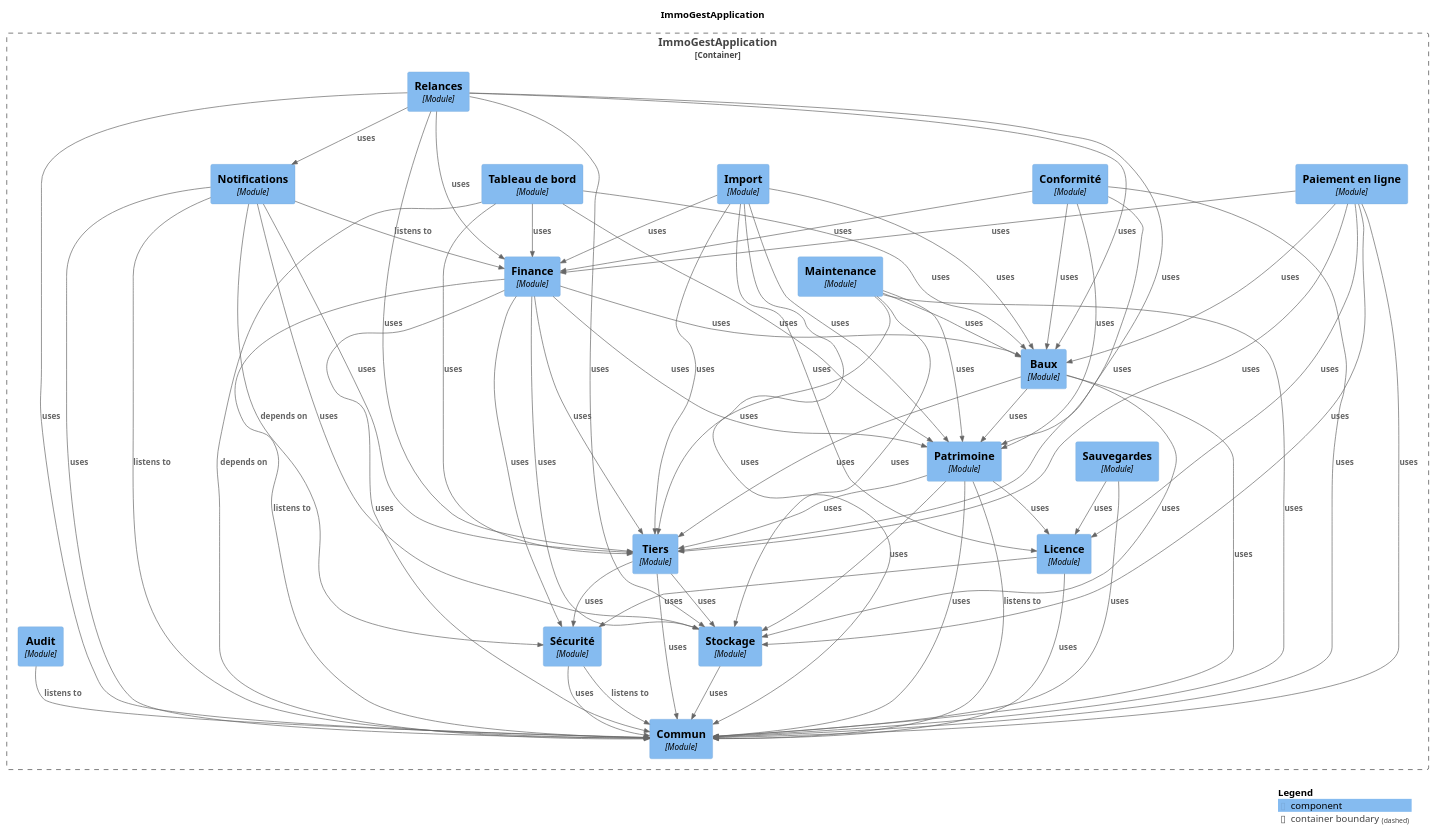
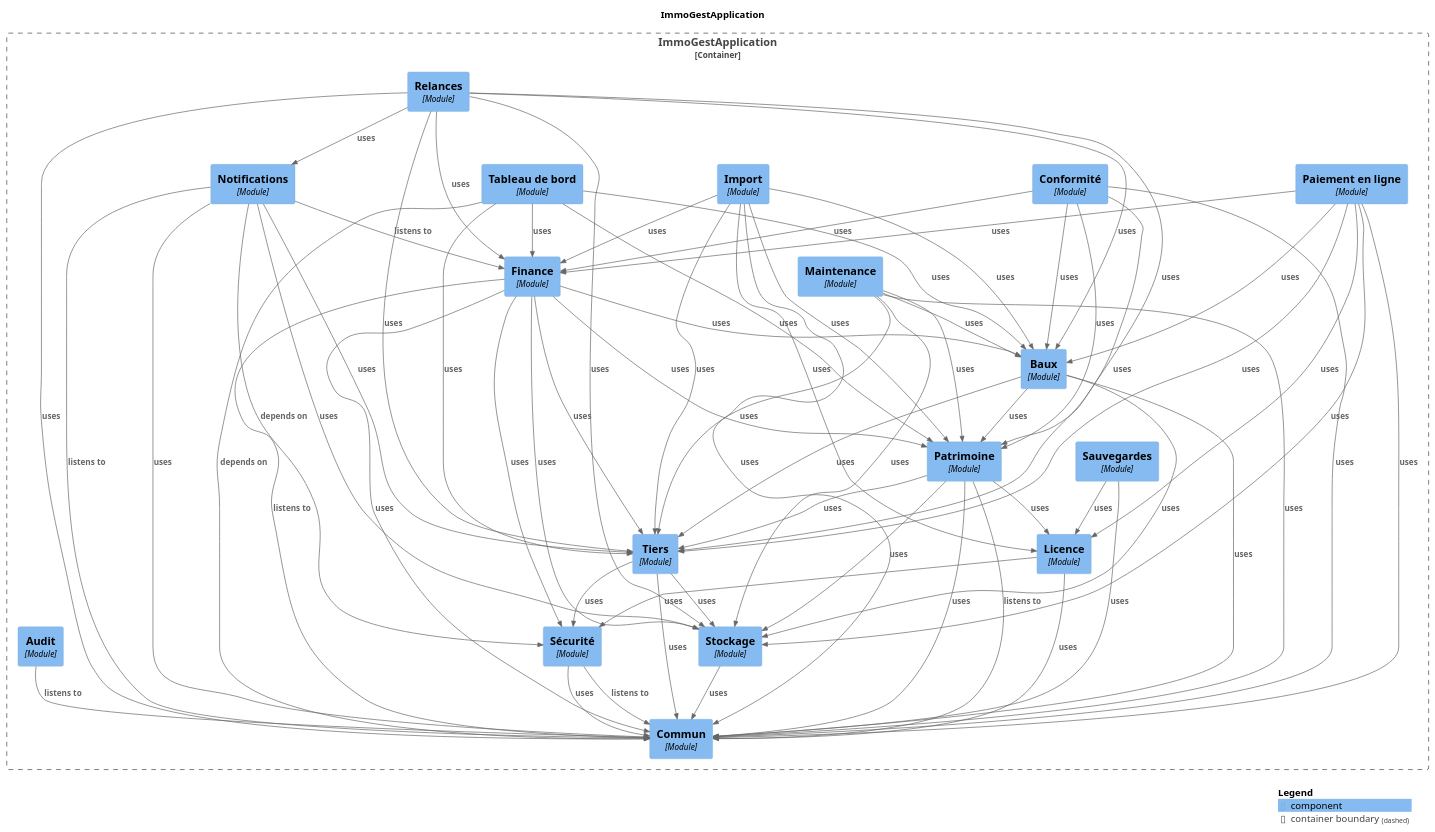
Before and after one commit to fixedevelloper/csimmo: the diagram in docs/modules/components.puml, drawn with PlantUML. The commit also changed other lines of this file and 82 other files, not shown here.

```diff
--- a/docs/modules/components.puml
+++ b/docs/modules/components.puml
@@ -28,6 +28,22 @@
   Component(ImmoGestApplication.ImmoGestApplication.Patrimoine, "Patrimoine", $techn="Module", $descr="", $tags="", $link="")
 }
 
+Rel(ImmoGestApplication.ImmoGestApplication.Baux, ImmoGestApplication.ImmoGestApplication.Patrimoine, "uses", $techn="", $tags="", $link="")
+Rel(ImmoGestApplication.ImmoGestApplication.Baux, ImmoGestApplication.ImmoGestApplication.Tiers, "uses", $techn="", $tags="", $link="")
+Rel(ImmoGestApplication.ImmoGestApplication.Baux, ImmoGestApplication.ImmoGestApplication.Stockage, "uses", $techn="", $tags="", $link="")
+Rel(ImmoGestApplication.ImmoGestApplication.Baux, ImmoGestApplication.ImmoGestApplication.Commun, "uses", $techn="", $tags="", $link="")
+Rel(ImmoGestApplication.ImmoGestApplication.Patrimoine, ImmoGestApplication.ImmoGestApplication.Commun, "listens to", $techn="", $tags="", $link="")
+Rel(ImmoGestApplication.ImmoGestApplication.Patrimoine, ImmoGestApplication.ImmoGestApplication.Licence, "uses", $techn="", $tags="", $link="")
+Rel(ImmoGestApplication.ImmoGestApplication.Patrimoine, ImmoGestApplication.ImmoGestApplication.Stockage, "uses", $techn="", $tags="", $link="")
+Rel(ImmoGestApplication.ImmoGestApplication.Patrimoine, ImmoGestApplication.ImmoGestApplication.Commun, "uses", $techn="", $tags="", $link="")
+Rel(ImmoGestApplication.ImmoGestApplication.Patrimoine, ImmoGestApplication.ImmoGestApplication.Tiers, "uses", $techn="", $tags="", $link="")
+Rel(ImmoGestApplication.ImmoGestApplication.Sauvegardes, ImmoGestApplication.ImmoGestApplication.Licence, "uses", $techn="", $tags="", $link="")
+Rel(ImmoGestApplication.ImmoGestApplication.Sauvegardes, ImmoGestApplication.ImmoGestApplication.Commun, "uses", $techn="", $tags="", $link="")
+Rel(ImmoGestApplication.ImmoGestApplication.Notifications, ImmoGestApplication.ImmoGestApplication.Commun, "listens to", $techn="", $tags="", $link="")
+Rel(ImmoGestApplication.ImmoGestApplication.Notifications, ImmoGestApplication.ImmoGestApplication.Finance, "listens to", $techn="", $tags="", $link="")
+Rel(ImmoGestApplication.ImmoGestApplication.Notifications, ImmoGestApplication.ImmoGestApplication.Sécurité, "depends on", $techn="", $tags="", $link="")
+Rel(ImmoGestApplication.ImmoGestApplication.Notifications, ImmoGestApplication.ImmoGestApplication.Stockage, "uses", $techn="", $tags="", $link="")
+Rel(ImmoGestApplication.ImmoGestApplication.Notifications, ImmoGestApplication.ImmoGestApplication.Tiers, "uses", $techn="", $tags="", $link="")
 Rel(ImmoGestApplication.ImmoGestApplication.Notifications, ImmoGestApplication.ImmoGestApplication.Commun, "uses", $techn="", $tags="", $link="")
 Rel(ImmoGestApplication.ImmoGestApplication.Paiementenligne, ImmoGestApplication.ImmoGestApplication.Finance, "uses", $techn="", $tags="", $link="")
 Rel(ImmoGestApplication.ImmoGestApplication.Paiementenligne, ImmoGestApplication.ImmoGestApplication.Baux, "uses", $techn="", $tags="", $link="")
@@ -35,17 +51,28 @@
 Rel(ImmoGestApplication.ImmoGestApplication.Paiementenligne, ImmoGestApplication.ImmoGestApplication.Licence, "uses", $techn="", $tags="", $link="")
 Rel(ImmoGestApplication.ImmoGestApplication.Paiementenligne, ImmoGestApplication.ImmoGestApplication.Stockage, "uses", $techn="", $tags="", $link="")
 Rel(ImmoGestApplication.ImmoGestApplication.Paiementenligne, ImmoGestApplication.ImmoGestApplication.Commun, "uses", $techn="", $tags="", $link="")
-Rel(ImmoGestApplication.ImmoGestApplication.Baux, ImmoGestApplication.ImmoGestApplication.Patrimoine, "uses", $techn="", $tags="", $link="")
-Rel(ImmoGestApplication.ImmoGestApplication.Baux, ImmoGestApplication.ImmoGestApplication.Tiers, "uses", $techn="", $tags="", $link="")
-Rel(ImmoGestApplication.ImmoGestApplication.Baux, ImmoGestApplication.ImmoGestApplication.Stockage, "uses", $techn="", $tags="", $link="")
-Rel(ImmoGestApplication.ImmoGestApplication.Baux, ImmoGestApplication.ImmoGestApplication.Commun, "uses", $techn="", $tags="", $link="")
-Rel(ImmoGestApplication.ImmoGestApplication.Conformité, ImmoGestApplication.ImmoGestApplication.Tiers, "uses", $techn="", $tags="", $link="")
-Rel(ImmoGestApplication.ImmoGestApplication.Conformité, ImmoGestApplication.ImmoGestApplication.Baux, "uses", $techn="", $tags="", $link="")
-Rel(ImmoGestApplication.ImmoGestApplication.Conformité, ImmoGestApplication.ImmoGestApplication.Finance, "uses", $techn="", $tags="", $link="")
-Rel(ImmoGestApplication.ImmoGestApplication.Conformité, ImmoGestApplication.ImmoGestApplication.Patrimoine, "uses", $techn="", $tags="", $link="")
-Rel(ImmoGestApplication.ImmoGestApplication.Conformité, ImmoGestApplication.ImmoGestApplication.Commun, "uses", $techn="", $tags="", $link="")
+Rel(ImmoGestApplication.ImmoGestApplication.Tableaudebord, ImmoGestApplication.ImmoGestApplication.Commun, "depends on", $techn="", $tags="", $link="")
+Rel(ImmoGestApplication.ImmoGestApplication.Tableaudebord, ImmoGestApplication.ImmoGestApplication.Patrimoine, "uses", $techn="", $tags="", $link="")
+Rel(ImmoGestApplication.ImmoGestApplication.Tableaudebord, ImmoGestApplication.ImmoGestApplication.Baux, "uses", $techn="", $tags="", $link="")
+Rel(ImmoGestApplication.ImmoGestApplication.Tableaudebord, ImmoGestApplication.ImmoGestApplication.Tiers, "uses", $techn="", $tags="", $link="")
+Rel(ImmoGestApplication.ImmoGestApplication.Tableaudebord, ImmoGestApplication.ImmoGestApplication.Finance, "uses", $techn="", $tags="", $link="")
+Rel(ImmoGestApplication.ImmoGestApplication.Import, ImmoGestApplication.ImmoGestApplication.Patrimoine, "uses", $techn="", $tags="", $link="")
+Rel(ImmoGestApplication.ImmoGestApplication.Import, ImmoGestApplication.ImmoGestApplication.Tiers, "uses", $techn="", $tags="", $link="")
+Rel(ImmoGestApplication.ImmoGestApplication.Import, ImmoGestApplication.ImmoGestApplication.Baux, "uses", $techn="", $tags="", $link="")
+Rel(ImmoGestApplication.ImmoGestApplication.Import, ImmoGestApplication.ImmoGestApplication.Finance, "uses", $techn="", $tags="", $link="")
+Rel(ImmoGestApplication.ImmoGestApplication.Import, ImmoGestApplication.ImmoGestApplication.Licence, "uses", $techn="", $tags="", $link="")
+Rel(ImmoGestApplication.ImmoGestApplication.Import, ImmoGestApplication.ImmoGestApplication.Commun, "uses", $techn="", $tags="", $link="")
 Rel(ImmoGestApplication.ImmoGestApplication.Licence, ImmoGestApplication.ImmoGestApplication.Sécurité, "uses", $techn="", $tags="", $link="")
 Rel(ImmoGestApplication.ImmoGestApplication.Licence, ImmoGestApplication.ImmoGestApplication.Commun, "uses", $techn="", $tags="", $link="")
+Rel(ImmoGestApplication.ImmoGestApplication.Tiers, ImmoGestApplication.ImmoGestApplication.Stockage, "uses", $techn="", $tags="", $link="")
+Rel(ImmoGestApplication.ImmoGestApplication.Tiers, ImmoGestApplication.ImmoGestApplication.Commun, "uses", $techn="", $tags="", $link="")
+Rel(ImmoGestApplication.ImmoGestApplication.Tiers, ImmoGestApplication.ImmoGestApplication.Sécurité, "uses", $techn="", $tags="", $link="")
+Rel(ImmoGestApplication.ImmoGestApplication.Maintenance, ImmoGestApplication.ImmoGestApplication.Baux, "uses", $techn="", $tags="", $link="")
+Rel(ImmoGestApplication.ImmoGestApplication.Maintenance, ImmoGestApplication.ImmoGestApplication.Patrimoine, "uses", $techn="", $tags="", $link="")
+Rel(ImmoGestApplication.ImmoGestApplication.Maintenance, ImmoGestApplication.ImmoGestApplication.Tiers, "uses", $techn="", $tags="", $link="")
+Rel(ImmoGestApplication.ImmoGestApplication.Maintenance, ImmoGestApplication.ImmoGestApplication.Stockage, "uses", $techn="", $tags="", $link="")
+Rel(ImmoGestApplication.ImmoGestApplication.Maintenance, ImmoGestApplication.ImmoGestApplication.Commun, "uses", $techn="", $tags="", $link="")
+Rel(ImmoGestApplication.ImmoGestApplication.Stockage, ImmoGestApplication.ImmoGestApplication.Commun, "uses", $techn="", $tags="", $link="")
 Rel(ImmoGestApplication.ImmoGestApplication.Finance, ImmoGestApplication.ImmoGestApplication.Commun, "listens to", $techn="", $tags="", $link="")
 Rel(ImmoGestApplication.ImmoGestApplication.Finance, ImmoGestApplication.ImmoGestApplication.Patrimoine, "uses", $techn="", $tags="", $link="")
 Rel(ImmoGestApplication.ImmoGestApplication.Finance, ImmoGestApplication.ImmoGestApplication.Commun, "uses", $techn="", $tags="", $link="")
@@ -53,12 +80,6 @@
 Rel(ImmoGestApplication.ImmoGestApplication.Finance, ImmoGestApplication.ImmoGestApplication.Tiers, "uses", $techn="", $tags="", $link="")
 Rel(ImmoGestApplication.ImmoGestApplication.Finance, ImmoGestApplication.ImmoGestApplication.Stockage, "uses", $techn="", $tags="", $link="")
 Rel(ImmoGestApplication.ImmoGestApplication.Finance, ImmoGestApplication.ImmoGestApplication.Sécurité, "uses", $techn="", $tags="", $link="")
-Rel(ImmoGestApplication.ImmoGestApplication.Import, ImmoGestApplication.ImmoGestApplication.Patrimoine, "uses", $techn="", $tags="", $link="")
-Rel(ImmoGestApplication.ImmoGestApplication.Import, ImmoGestApplication.ImmoGestApplication.Tiers, "uses", $techn="", $tags="", $link="")
-Rel(ImmoGestApplication.ImmoGestApplication.Import, ImmoGestApplication.ImmoGestApplication.Baux, "uses", $techn="", $tags="", $link="")
-Rel(ImmoGestApplication.ImmoGestApplication.Import, ImmoGestApplication.ImmoGestApplication.Finance, "uses", $techn="", $tags="", $link="")
-Rel(ImmoGestApplication.ImmoGestApplication.Import, ImmoGestApplication.ImmoGestApplication.Licence, "uses", $techn="", $tags="", $link="")
-Rel(ImmoGestApplication.ImmoGestApplication.Import, ImmoGestApplication.ImmoGestApplication.Commun, "uses", $techn="", $tags="", $link="")
 Rel(ImmoGestApplication.ImmoGestApplication.Audit, ImmoGestApplication.ImmoGestApplication.Commun, "listens to", $techn="", $tags="", $link="")
 Rel(ImmoGestApplication.ImmoGestApplication.Relances, ImmoGestApplication.ImmoGestApplication.Finance, "uses", $techn="", $tags="", $link="")
 Rel(ImmoGestApplication.ImmoGestApplication.Relances, ImmoGestApplication.ImmoGestApplication.Baux, "uses", $techn="", $tags="", $link="")
@@ -67,34 +88,13 @@
 Rel(ImmoGestApplication.ImmoGestApplication.Relances, ImmoGestApplication.ImmoGestApplication.Notifications, "uses", $techn="", $tags="", $link="")
 Rel(ImmoGestApplication.ImmoGestApplication.Relances, ImmoGestApplication.ImmoGestApplication.Stockage, "uses", $techn="", $tags="", $link="")
 Rel(ImmoGestApplication.ImmoGestApplication.Relances, ImmoGestApplication.ImmoGestApplication.Commun, "uses", $techn="", $tags="", $link="")
-Rel(ImmoGestApplication.ImmoGestApplication.Sauvegardes, ImmoGestApplication.ImmoGestApplication.Licence, "uses", $techn="", $tags="", $link="")
-Rel(ImmoGestApplication.ImmoGestApplication.Sauvegardes, ImmoGestApplication.ImmoGestApplication.Commun, "uses", $techn="", $tags="", $link="")
-Rel(ImmoGestApplication.ImmoGestApplication.Maintenance, ImmoGestApplication.ImmoGestApplication.Baux, "uses", $techn="", $tags="", $link="")
-Rel(ImmoGestApplication.ImmoGestApplication.Maintenance, ImmoGestApplication.ImmoGestApplication.Patrimoine, "uses", $techn="", $tags="", $link="")
-Rel(ImmoGestApplication.ImmoGestApplication.Maintenance, ImmoGestApplication.ImmoGestApplication.Tiers, "uses", $techn="", $tags="", $link="")
-Rel(ImmoGestApplication.ImmoGestApplication.Maintenance, ImmoGestApplication.ImmoGestApplication.Stockage, "uses", $techn="", $tags="", $link="")
-Rel(ImmoGestApplication.ImmoGestApplication.Maintenance, ImmoGestApplication.ImmoGestApplication.Commun, "uses", $techn="", $tags="", $link="")
 Rel(ImmoGestApplication.ImmoGestApplication.Sécurité, ImmoGestApplication.ImmoGestApplication.Commun, "listens to", $techn="", $tags="", $link="")
 Rel(ImmoGestApplication.ImmoGestApplication.Sécurité, ImmoGestApplication.ImmoGestApplication.Commun, "uses", $techn="", $tags="", $link="")
-Rel(ImmoGestApplication.ImmoGestApplication.Patrimoine, ImmoGestApplication.ImmoGestApplication.Commun, "listens to", $techn="", $tags="", $link="")
-Rel(ImmoGestApplication.ImmoGestApplication.Patrimoine, ImmoGestApplication.ImmoGestApplication.Licence, "uses", $techn="", $tags="", $link="")
-Rel(ImmoGestApplication.ImmoGestApplication.Patrimoine, ImmoGestApplication.ImmoGestApplication.Stockage, "uses", $techn="", $tags="", $link="")
-Rel(ImmoGestApplication.ImmoGestApplication.Patrimoine, ImmoGestApplication.ImmoGestApplication.Commun, "uses", $techn="", $tags="", $link="")
-Rel(ImmoGestApplication.ImmoGestApplication.Patrimoine, ImmoGestApplication.ImmoGestApplication.Tiers, "uses", $techn="", $tags="", $link="")
-Rel(ImmoGestApplication.ImmoGestApplication.Tableaudebord, ImmoGestApplication.ImmoGestApplication.Commun, "depends on", $techn="", $tags="", $link="")
-Rel(ImmoGestApplication.ImmoGestApplication.Tableaudebord, ImmoGestApplication.ImmoGestApplication.Patrimoine, "uses", $techn="", $tags="", $link="")
-Rel(ImmoGestApplication.ImmoGestApplication.Tableaudebord, ImmoGestApplication.ImmoGestApplication.Baux, "uses", $techn="", $tags="", $link="")
-Rel(ImmoGestApplication.ImmoGestApplication.Tableaudebord, ImmoGestApplication.ImmoGestApplication.Tiers, "uses", $techn="", $tags="", $link="")
-Rel(ImmoGestApplication.ImmoGestApplication.Tableaudebord, ImmoGestApplication.ImmoGestApplication.Finance, "uses", $techn="", $tags="", $link="")
-Rel(ImmoGestApplication.ImmoGestApplication.Tiers, ImmoGestApplication.ImmoGestApplication.Stockage, "uses", $techn="", $tags="", $link="")
-Rel(ImmoGestApplication.ImmoGestApplication.Tiers, ImmoGestApplication.ImmoGestApplication.Commun, "uses", $techn="", $tags="", $link="")
-Rel(ImmoGestApplication.ImmoGestApplication.Tiers, ImmoGestApplication.ImmoGestApplication.Sécurité, "uses", $techn="", $tags="", $link="")
-Rel(ImmoGestApplication.ImmoGestApplication.Stockage, ImmoGestApplication.ImmoGestApplication.Commun, "uses", $techn="", $tags="", $link="")
-Rel(ImmoGestApplication.ImmoGestApplication.Notifications, ImmoGestApplication.ImmoGestApplication.Commun, "listens to", $techn="", $tags="", $link="")
-Rel(ImmoGestApplication.ImmoGestApplication.Notifications, ImmoGestApplication.ImmoGestApplication.Finance, "listens to", $techn="", $tags="", $link="")
-Rel(ImmoGestApplication.ImmoGestApplication.Notifications, ImmoGestApplication.ImmoGestApplication.Sécurité, "depends on", $techn="", $tags="", $link="")
-Rel(ImmoGestApplication.ImmoGestApplication.Notifications, ImmoGestApplication.ImmoGestApplication.Stockage, "uses", $techn="", $tags="", $link="")
-Rel(ImmoGestApplication.ImmoGestApplication.Notifications, ImmoGestApplication.ImmoGestApplication.Tiers, "uses", $techn="", $tags="", $link="")
+Rel(ImmoGestApplication.ImmoGestApplication.Conformité, ImmoGestApplication.ImmoGestApplication.Tiers, "uses", $techn="", $tags="", $link="")
+Rel(ImmoGestApplication.ImmoGestApplication.Conformité, ImmoGestApplication.ImmoGestApplication.Baux, "uses", $techn="", $tags="", $link="")
+Rel(ImmoGestApplication.ImmoGestApplication.Conformité, ImmoGestApplication.ImmoGestApplication.Finance, "uses", $techn="", $tags="", $link="")
+Rel(ImmoGestApplication.ImmoGestApplication.Conformité, ImmoGestApplication.ImmoGestApplication.Patrimoine, "uses", $techn="", $tags="", $link="")
+Rel(ImmoGestApplication.ImmoGestApplication.Conformité, ImmoGestApplication.ImmoGestApplication.Commun, "uses", $techn="", $tags="", $link="")
 
 SHOW_LEGEND(true)
 @enduml
```
